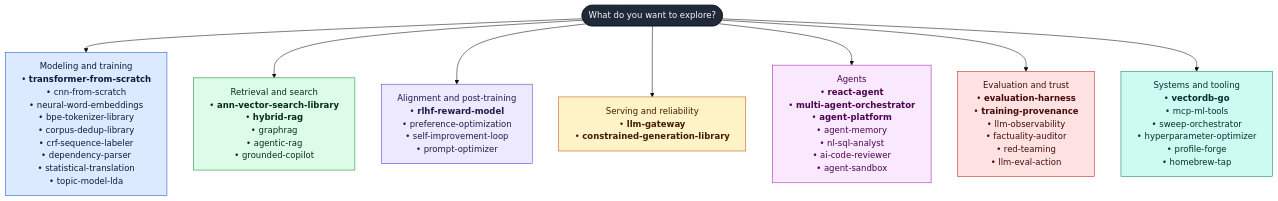
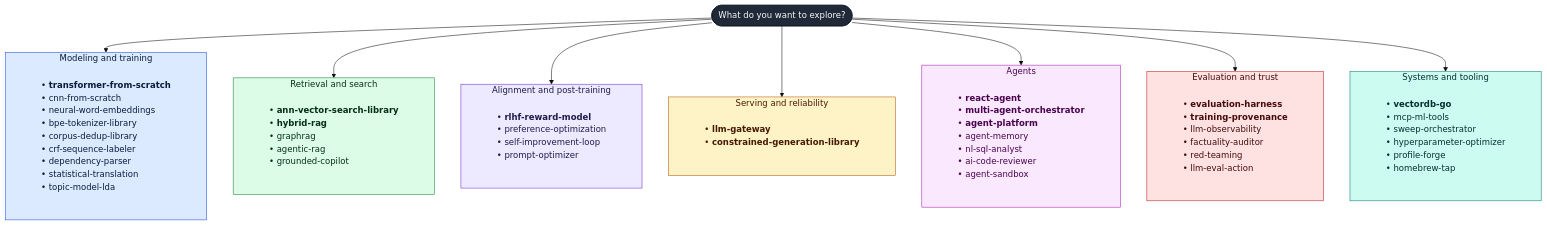
Before and after one commit to adeoluo/profile-forge: the first of 3 diagrams in examples/adeoluo.README.md, drawn with Mermaid (base theme). The commit also changed 4 other files, not shown here.

````diff
--- a/examples/adeoluo.README.md
+++ b/examples/adeoluo.README.md
@@ -61,30 +61,58 @@
 ```mermaid
 %%{init: {"flowchart": {"wrappingWidth": 320}}}%%
 flowchart TD
   n_root(["What do you want to explore?"])
-  n_root --> n_model["Modeling and training<br/>• <b>transformer-from-scratch</b><br/>• cnn-from-scratch<br/>• neural-word-embeddings<br/>• bpe-tokenizer-library<br/>• corpus-dedup-library<br/>• crf-sequence-labeler<br/>• dependency-parser<br/>• statistical-translation<br/>• topic-model-lda"]
-  n_root --> n_retr["Retrieval and search<br/>• <b>ann-vector-search-library</b><br/>• <b>hybrid-rag</b><br/>• graphrag<br/>• agentic-rag<br/>• grounded-copilot"]
-  n_root --> n_align["Alignment and post-training<br/>• <b>rlhf-reward-model</b><br/>• preference-optimization<br/>• self-improvement-loop<br/>• prompt-optimizer"]
-  n_root --> n_serve["Serving and reliability<br/>• <b>llm-gateway</b><br/>• <b>constrained-generation-library</b>"]
-  n_root --> n_agent["Agents<br/>• <b>react-agent</b><br/>• <b>multi-agent-orchestrator</b><br/>• <b>agent-platform</b><br/>• agent-memory<br/>• nl-sql-analyst<br/>• ai-code-reviewer<br/>• agent-sandbox"]
-  n_root --> n_trust["Evaluation and trust<br/>• <b>evaluation-harness</b><br/>• <b>training-provenance</b><br/>• llm-observability<br/>• factuality-auditor<br/>• red-teaming<br/>• llm-eval-action"]
-  n_root --> n_sys["Systems and tooling<br/>• <b>vectordb-go</b><br/>• mcp-ml-tools<br/>• sweep-orchestrator<br/>• hyperparameter-optimizer<br/>• profile-forge<br/>• homebrew-tap"]
+  subgraph s_model["Modeling and training"]
+    n_model["• <b>transformer-from-scratch</b><br/>• cnn-from-scratch<br/>• neural-word-embeddings<br/>• bpe-tokenizer-library<br/>• corpus-dedup-library<br/>• crf-sequence-labeler<br/>• dependency-parser<br/>• statistical-translation<br/>• topic-model-lda"]
+  end
+  n_root --> s_model
+  subgraph s_retr["Retrieval and search"]
+    n_retr["• <b>ann-vector-search-library</b><br/>• <b>hybrid-rag</b><br/>• graphrag<br/>• agentic-rag<br/>• grounded-copilot"]
+  end
+  n_root --> s_retr
+  subgraph s_align["Alignment and post-training"]
+    n_align["• <b>rlhf-reward-model</b><br/>• preference-optimization<br/>• self-improvement-loop<br/>• prompt-optimizer"]
+  end
+  n_root --> s_align
+  subgraph s_serve["Serving and reliability"]
+    n_serve["• <b>llm-gateway</b><br/>• <b>constrained-generation-library</b>"]
+  end
+  n_root --> s_serve
+  subgraph s_agent["Agents"]
+    n_agent["• <b>react-agent</b><br/>• <b>multi-agent-orchestrator</b><br/>• <b>agent-platform</b><br/>• agent-memory<br/>• nl-sql-analyst<br/>• ai-code-reviewer<br/>• agent-sandbox"]
+  end
+  n_root --> s_agent
+  subgraph s_trust["Evaluation and trust"]
+    n_trust["• <b>evaluation-harness</b><br/>• <b>training-provenance</b><br/>• llm-observability<br/>• factuality-auditor<br/>• red-teaming<br/>• llm-eval-action"]
+  end
+  n_root --> s_trust
+  subgraph s_sys["Systems and tooling"]
+    n_sys["• <b>vectordb-go</b><br/>• mcp-ml-tools<br/>• sweep-orchestrator<br/>• hyperparameter-optimizer<br/>• profile-forge<br/>• homebrew-tap"]
+  end
+  n_root --> s_sys
 
   classDef c_root fill:#1f2937,stroke:#111827,color:#f9fafb;
-  classDef c_model fill:#dbeafe,stroke:#1d4ed8,color:#0b1b3a;
-  classDef c_retr fill:#dcfce7,stroke:#15803d,color:#052e16;
-  classDef c_align fill:#ede9fe,stroke:#6d28d9,color:#1e1b4b;
-  classDef c_serve fill:#fef3c7,stroke:#b45309,color:#451a03;
-  classDef c_agent fill:#fae8ff,stroke:#a21caf,color:#4a044e;
-  classDef c_trust fill:#fee2e2,stroke:#b91c1c,color:#450a0a;
-  classDef c_sys fill:#ccfbf1,stroke:#0f766e,color:#042f2e;
+  classDef c_model fill:#dbeafe,stroke-width:0px,color:#0b1b3a,text-align:left;
+  classDef c_retr fill:#dcfce7,stroke-width:0px,color:#052e16,text-align:left;
+  classDef c_align fill:#ede9fe,stroke-width:0px,color:#1e1b4b,text-align:left;
+  classDef c_serve fill:#fef3c7,stroke-width:0px,color:#451a03,text-align:left;
+  classDef c_agent fill:#fae8ff,stroke-width:0px,color:#4a044e,text-align:left;
+  classDef c_trust fill:#fee2e2,stroke-width:0px,color:#450a0a,text-align:left;
+  classDef c_sys fill:#ccfbf1,stroke-width:0px,color:#042f2e,text-align:left;
 
   class n_root c_root;
   class n_model c_model;
+  style s_model fill:#dbeafe,stroke:#1d4ed8,color:#0b1b3a
   class n_retr c_retr;
+  style s_retr fill:#dcfce7,stroke:#15803d,color:#052e16
   class n_align c_align;
+  style s_align fill:#ede9fe,stroke:#6d28d9,color:#1e1b4b
   class n_serve c_serve;
+  style s_serve fill:#fef3c7,stroke:#b45309,color:#451a03
   class n_agent c_agent;
+  style s_agent fill:#fae8ff,stroke:#a21caf,color:#4a044e
   class n_trust c_trust;
+  style s_trust fill:#fee2e2,stroke:#b91c1c,color:#450a0a
   class n_sys c_sys;
+  style s_sys fill:#ccfbf1,stroke:#0f766e,color:#042f2e
 ```
````
